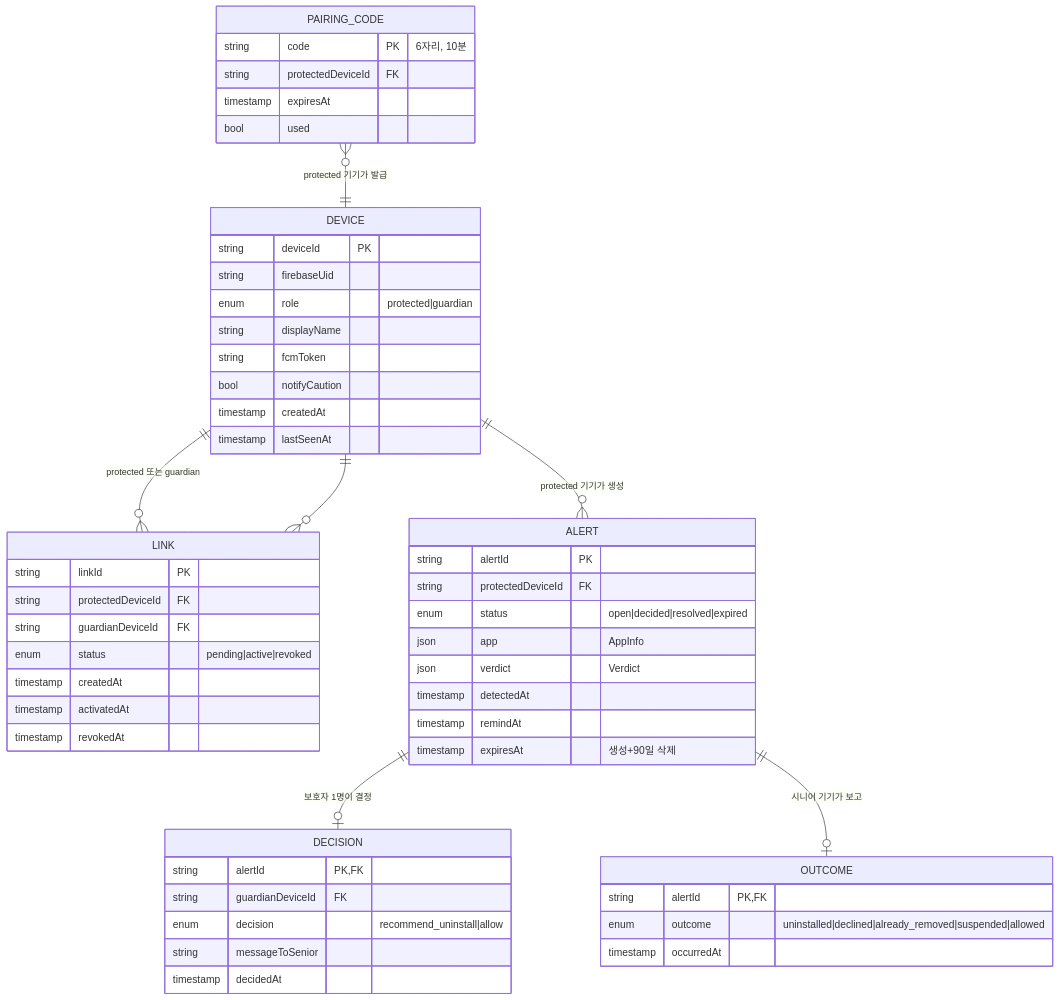
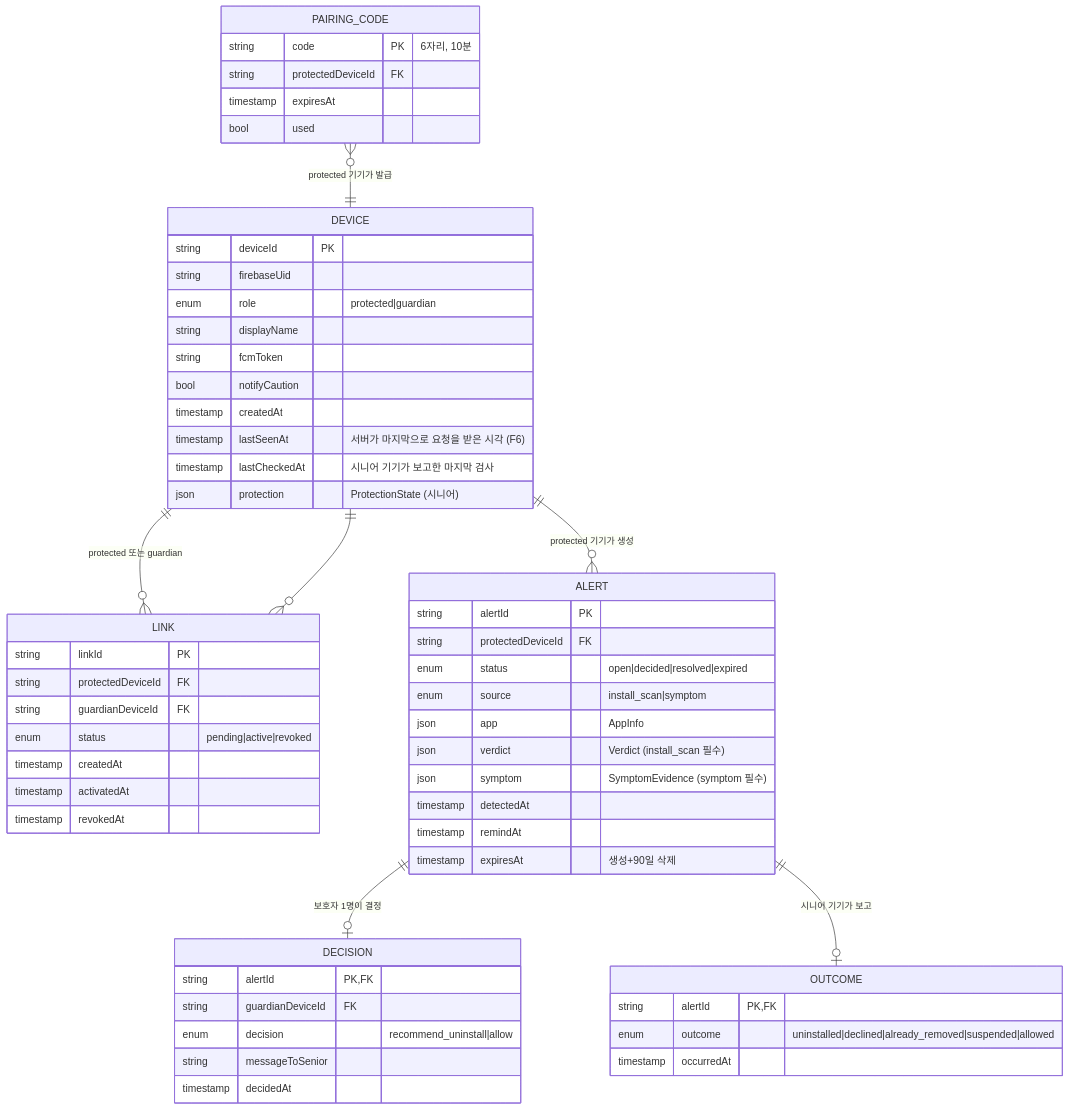
The first of 2 diagrams in specs/001-mvp/data-model.md (inq-o/phonedoctor), drawn with Mermaid before and after one commit. The commit also changed other lines of this file and 9 other files, not shown here.

````diff
--- a/specs/001-mvp/data-model.md
+++ b/specs/001-mvp/data-model.md
@@ -9,57 +9,61 @@
 ```mermaid
 erDiagram
     DEVICE ||--o{ LINK : "protected 또는 guardian"
     LINK }o--|| DEVICE : ""
     DEVICE ||--o{ ALERT : "protected 기기가 생성"
     ALERT ||--o| DECISION : "보호자 1명이 결정"
     ALERT ||--o| OUTCOME : "시니어 기기가 보고"
     PAIRING_CODE }o--|| DEVICE : "protected 기기가 발급"
 
     DEVICE {
       string deviceId PK
       string firebaseUid
       enum role "protected|guardian"
       string displayName
       string fcmToken
       bool notifyCaution
       timestamp createdAt
-      timestamp lastSeenAt
+      timestamp lastSeenAt "서버가 마지막으로 요청을 받은 시각 (F6)"
+      timestamp lastCheckedAt "시니어 기기가 보고한 마지막 검사"
+      json protection "ProtectionState (시니어)"
     }
     LINK {
       string linkId PK
       string protectedDeviceId FK
       string guardianDeviceId FK
       enum status "pending|active|revoked"
       timestamp createdAt
       timestamp activatedAt
       timestamp revokedAt
     }
     PAIRING_CODE {
       string code PK "6자리, 10분"
       string protectedDeviceId FK
       timestamp expiresAt
       bool used
     }
     ALERT {
       string alertId PK
       string protectedDeviceId FK
       enum status "open|decided|resolved|expired"
+      enum source "install_scan|symptom"
       json app "AppInfo"
-      json verdict "Verdict"
+      json verdict "Verdict (install_scan 필수)"
+      json symptom "SymptomEvidence (symptom 필수)"
       timestamp detectedAt
       timestamp remindAt
       timestamp expiresAt "생성+90일 삭제"
     }
     DECISION {
       string alertId PK, FK
       string guardianDeviceId FK
       enum decision "recommend_uninstall|allow"
       string messageToSenior
       timestamp decidedAt
     }
     OUTCOME {
       string alertId PK, FK
       enum outcome "uninstalled|declined|already_removed|suspended|allowed"
       timestamp occurredAt
     }
 ```
````
